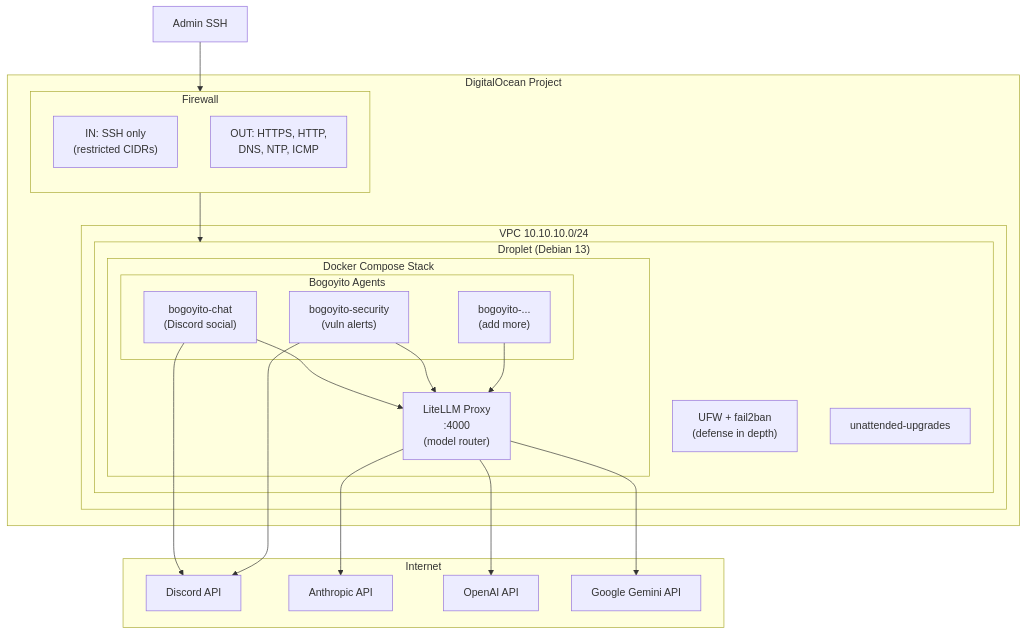
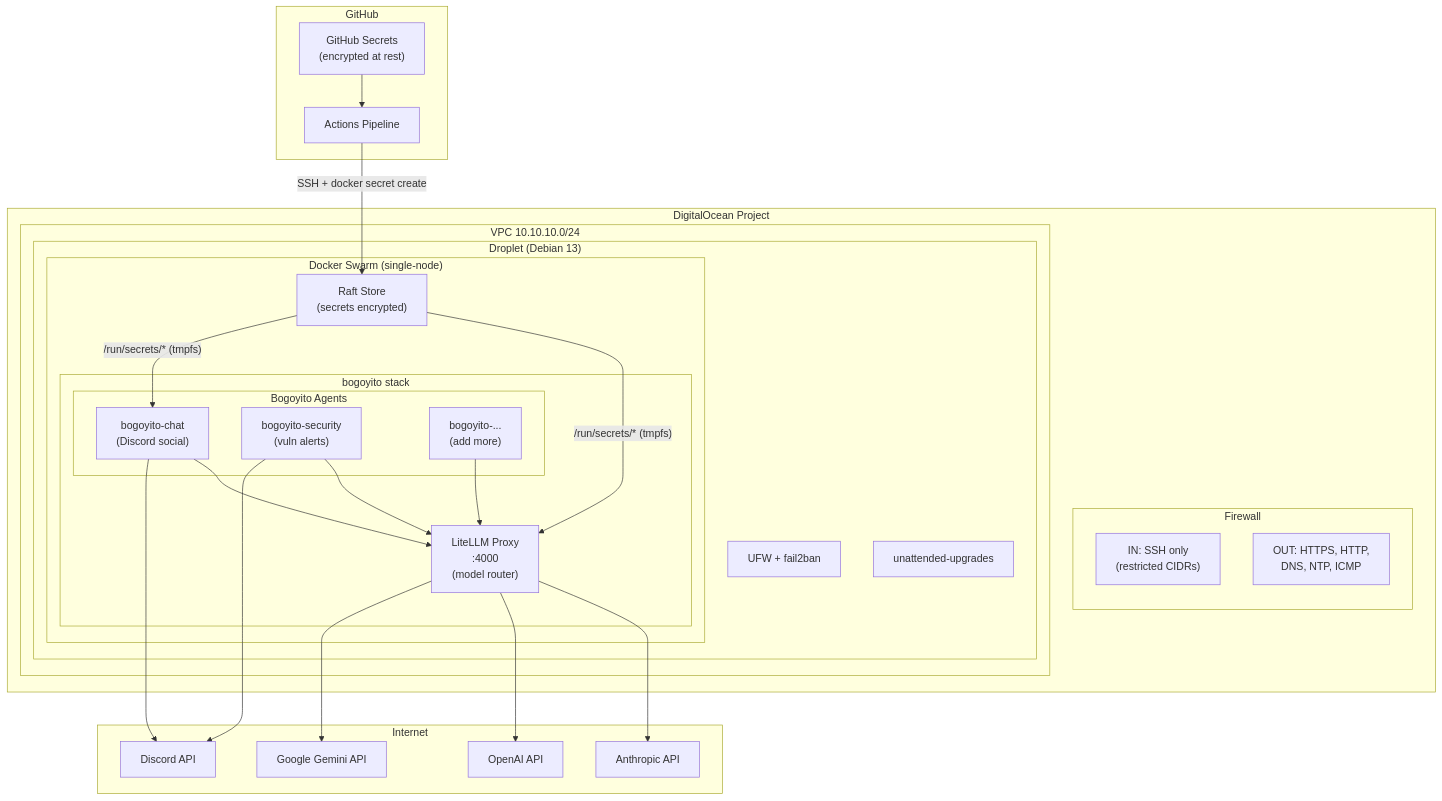
The first of 3 diagrams in README.md (drewpypro/clawdbot-do), drawn with Mermaid before and after one commit. The commit also changed other lines of this file and 5 other files, not shown here.

First line of the commit message:
refactor: Docker Secrets via Swarm — no API keys on disk

````diff
--- a/README.md
+++ b/README.md
@@ -7,47 +7,59 @@
 ```mermaid
 flowchart TB
     subgraph Internet
         Discord["Discord API"]
         Anthropic["Anthropic API"]
         OpenAI["OpenAI API"]
         Gemini["Google Gemini API"]
+    end
+
+    subgraph GH["GitHub"]
+        Secrets["GitHub Secrets\n(encrypted at rest)"]
+        Pipeline["Actions Pipeline"]
     end
 
     subgraph DO["DigitalOcean Project"]
         subgraph FW["Firewall"]
             direction TB
             FW_IN["IN: SSH only\n(restricted CIDRs)"]
             FW_OUT["OUT: HTTPS, HTTP,\nDNS, NTP, ICMP"]
         end
 
         subgraph VPC["VPC 10.10.10.0/24"]
             subgraph Droplet["Droplet (Debian 13)"]
-                subgraph Docker["Docker Compose Stack"]
-                    LiteLLM["LiteLLM Proxy\n:4000\n(model router)"]
+                subgraph Swarm["Docker Swarm (single-node)"]
+                    Raft["Raft Store\n(secrets encrypted)"]
                     
-                    subgraph Agents["Bogoyito Agents"]
-                        Chat["bogoyito-chat\n(Discord social)"]
-                        Security["bogoyito-security\n(vuln alerts)"]
-                        More["bogoyito-...\n(add more)"]
+                    subgraph Stack["bogoyito stack"]
+                        LiteLLM["LiteLLM Proxy\n:4000\n(model router)"]
+                        
+                        subgraph Agents["Bogoyito Agents"]
+                            Chat["bogoyito-chat\n(Discord social)"]
+                            Security["bogoyito-security\n(vuln alerts)"]
+                            More["bogoyito-...\n(add more)"]
+                        end
                     end
                 end
 
-                UFW["UFW + fail2ban\n(defense in depth)"]
+                UFW["UFW + fail2ban"]
                 Updates["unattended-upgrades"]
             end
         end
     end
 
-    User["Admin SSH"] --> FW_IN --> Droplet
+    Secrets --> Pipeline
+    Pipeline -->|"SSH + docker secret create"| Raft
+    Raft -->|"/run/secrets/* (tmpfs)"| LiteLLM
+    Raft -->|"/run/secrets/* (tmpfs)"| Chat
     
     Chat --> LiteLLM
     Security --> LiteLLM
     More --> LiteLLM
     
     LiteLLM --> Anthropic
     LiteLLM --> OpenAI
     LiteLLM --> Gemini
     
     Chat --> Discord
     Security --> Discord
 ```
````
